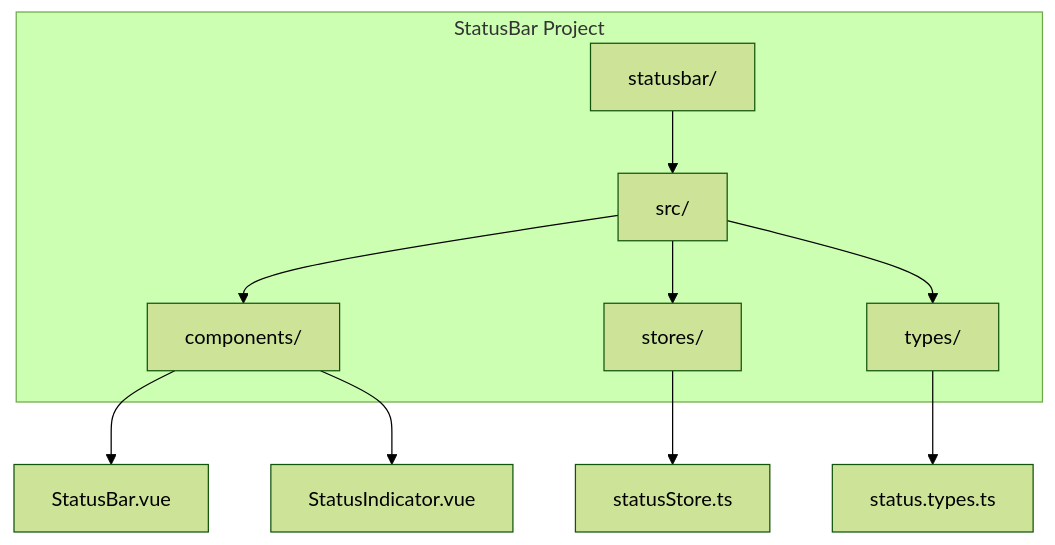
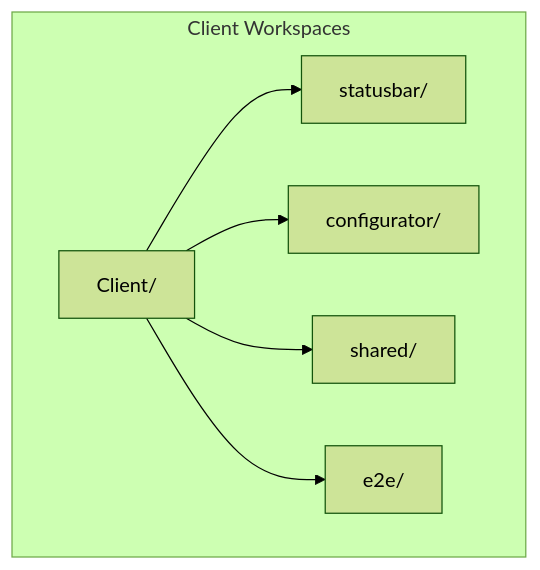
One commit to tn-ivk/tn-doc changed the fourth of 4 diagrams in docs/development/setup.md. Above: the diagram before and after it, drawn with Mermaid (forest theme). The commit also changed other lines of this file and 9 other files, not shown here.

````diff
--- a/docs/development/setup.md
+++ b/docs/development/setup.md
@@ -272,20 +279,15 @@
 ```mermaid
 graph TB
-    subgraph "StatusBar Project"
-        Root[statusbar/]
-        Src[src/]
-        Comp[components/]
-        Store[stores/]
-        Types[types/]
+    subgraph "Client Workspaces"
+        Root[Client/]
+        Statusbar[statusbar/]
+        Configurator[configurator/]
+        Shared[shared/]
+        E2E[e2e/]
     end
 
-    Root --> Src
-    Src --> Comp
-    Src --> Store
-    Src --> Types
-
-    Comp --> StatusBar[StatusBar.vue]
-    Comp --> Indicator[StatusIndicator.vue]
-    Store --> StatusStore[statusStore.ts]
-    Types --> StatusTypes[status.types.ts]
+    Root --> Statusbar
+    Root --> Configurator
+    Root --> Shared
+    Root --> E2E
 ```
````
